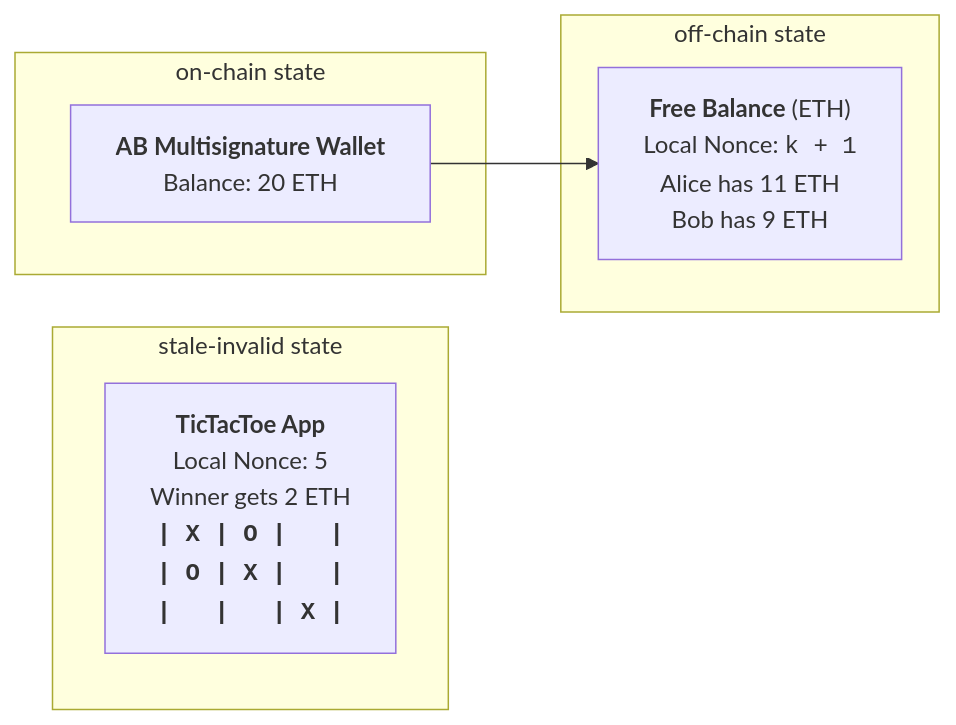
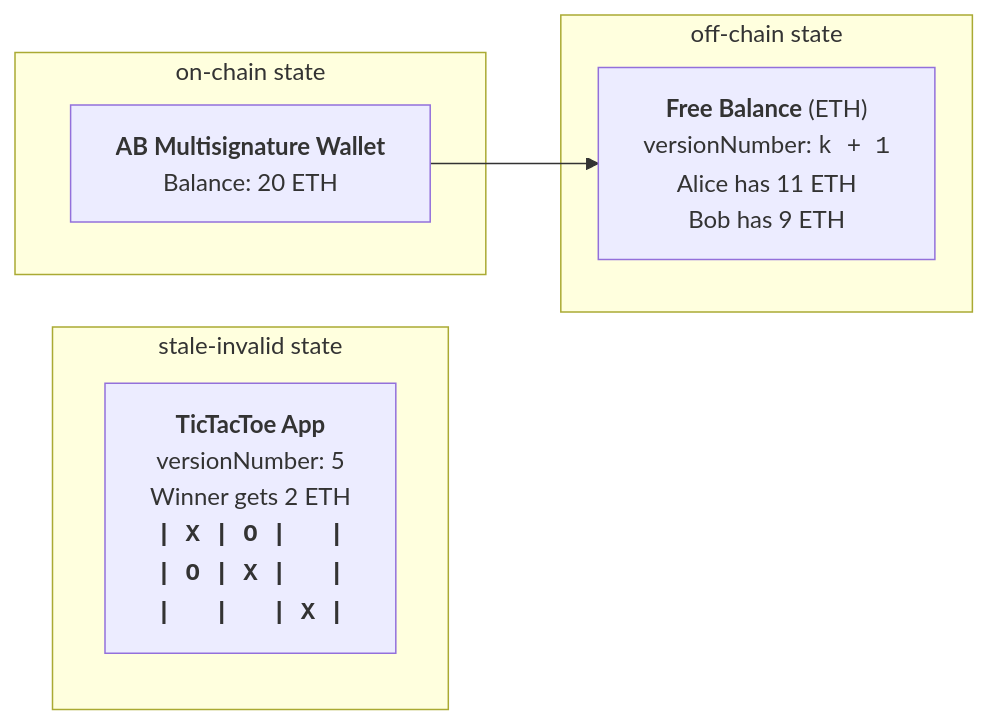
Before and after one commit to counterfactual/monorepo: the diagram in packages/specs/source/diagrams/uninstall-protocol-state.mmd, drawn with Mermaid. The commit also changed 72 other files, not shown here.

Commit message:
Replace nonce with versionNumber

```diff
--- a/packages/specs/source/diagrams/uninstall-protocol-state.mmd
+++ b/packages/specs/source/diagrams/uninstall-protocol-state.mmd
@@ -1,11 +1,11 @@
 graph LR
     ms-->fb
     subgraph stale-invalid state
-      ttt["<b>TicTacToe App</b> <br> Local Nonce: 5 <br> Winner gets 2 ETH <br><center><b><tt>| X | O | &nbsp; |<br>| O | X | &nbsp; |<br>| &nbsp; | &nbsp; | X |</tt></b></center>"]
+      ttt["<b>TicTacToe App</b> <br> versionNumber: 5 <br> Winner gets 2 ETH <br><center><b><tt>| X | O | &nbsp; |<br>| O | X | &nbsp; |<br>| &nbsp; | &nbsp; | X |</tt></b></center>"]
     end
     subgraph off-chain state
-      fb["<b>Free Balance</b> (ETH) <br> Local Nonce: <tt>k + 1</tt> <br> Alice has 11 ETH <br> Bob has 9 ETH"]
+      fb["<b>Free Balance</b> (ETH) <br> versionNumber: <tt>k + 1</tt> <br> Alice has 11 ETH <br> Bob has 9 ETH"]
     end
     subgraph on-chain state
       ms["<b>AB Multisignature Wallet</b> <br> Balance: 20 ETH"]
     end
```
